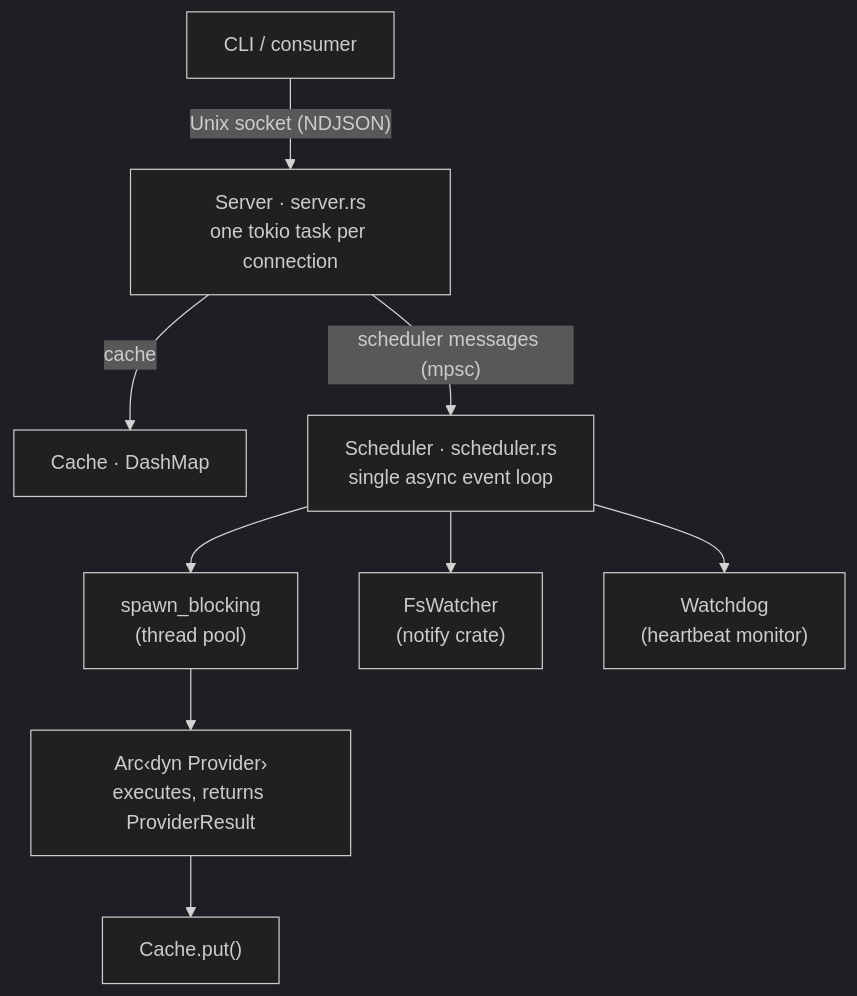
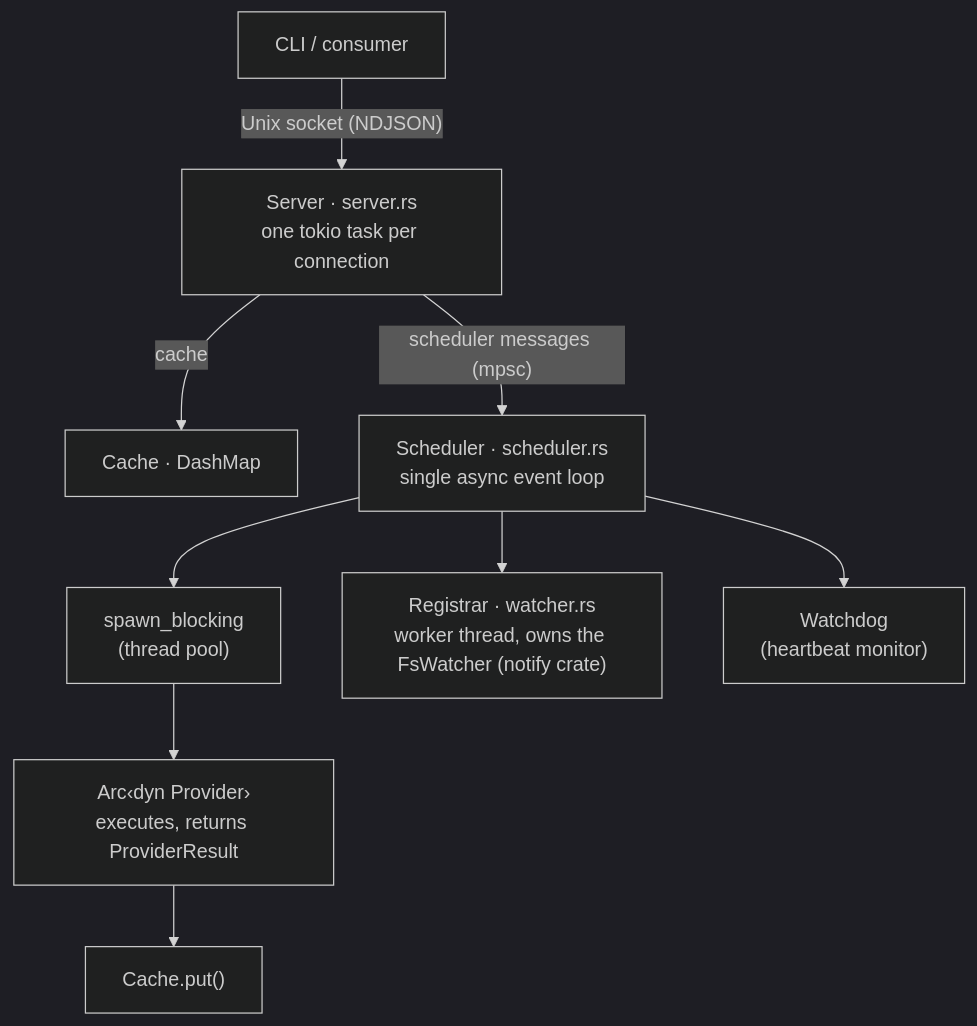
The first of 2 diagrams in docs/architecture.md (NavistAu/beachcomber), drawn with Mermaid (dark theme) before and after one commit. The commit also changed other lines of this file and 12 other files, not shown here.

````diff
--- a/docs/architecture.md
+++ b/docs/architecture.md
@@ -9,14 +9,14 @@
 ```mermaid
 graph TB
     CLI["CLI / consumer"] -->|"Unix socket (NDJSON)"| Server
 
     Server["Server · server.rs<br/>one tokio task per connection"] -->|cache| Cache["Cache · DashMap"]
     Server -->|"scheduler messages (mpsc)"| Scheduler
 
     Scheduler["Scheduler · scheduler.rs<br/>single async event loop"] --> SB["spawn_blocking<br/>(thread pool)"]
-    Scheduler --> FSW["FsWatcher<br/>(notify crate)"]
+    Scheduler --> Registrar["Registrar · watcher.rs<br/>worker thread, owns the FsWatcher (notify crate)"]
     Scheduler --> Watchdog["Watchdog<br/>(heartbeat monitor)"]
 
     SB --> Provider["Arc‹dyn Provider›<br/>executes, returns ProviderResult"]
     Provider --> Put["Cache.put()"]
 ```
````
